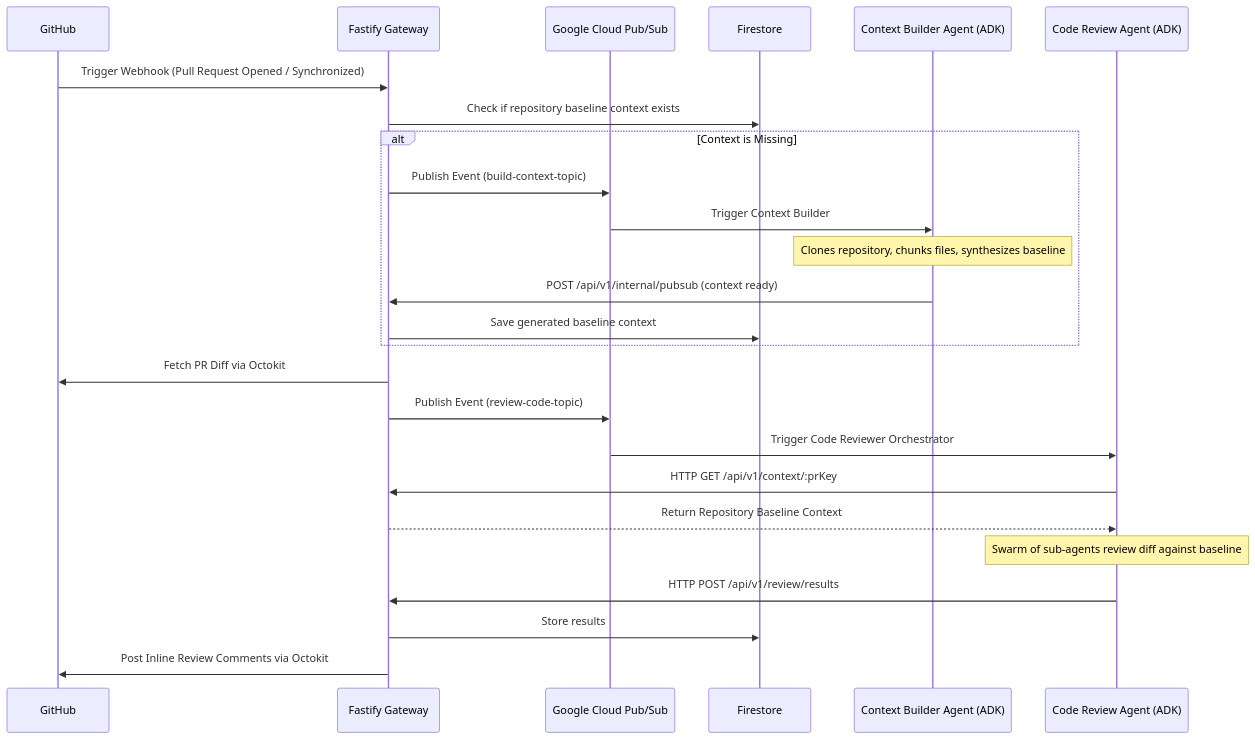
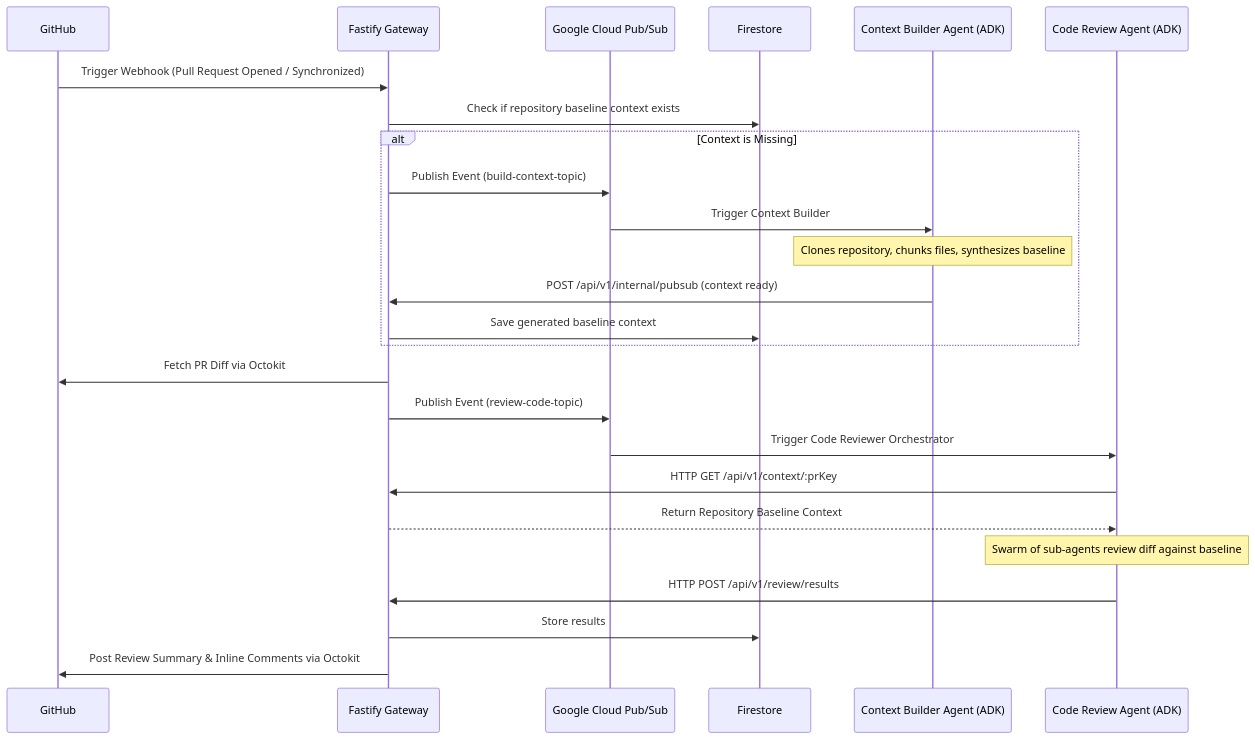
The diagram in README.md (usermeme/code-review-agent), drawn with Mermaid before and after one commit. The commit also changed other lines of this file, not shown here.

Commit message:
docs: update README with top-level PR review summary posting details

````diff
--- a/README.md
+++ b/README.md
@@ -21,35 +21,35 @@
 ```mermaid
 sequenceDiagram
     participant GitHub
     participant Gateway as Fastify Gateway
     participant PubSub as Google Cloud Pub/Sub
     participant DB as Firestore
     participant ContextAgent as Context Builder Agent (ADK)
     participant ReviewAgent as Code Review Agent (ADK)
 
     %% Webhook ingestion and DB check
     GitHub->>Gateway: Trigger Webhook (Pull Request Opened / Synchronized)
     Gateway->>DB: Check if repository baseline context exists
 
     alt Context is Missing
         Gateway->>PubSub: Publish Event (build-context-topic)
         PubSub->>ContextAgent: Trigger Context Builder
         Note over ContextAgent: Clones repository, chunks files, synthesizes baseline
         ContextAgent->>Gateway: POST /api/v1/internal/pubsub (context ready)
         Gateway->>DB: Save generated baseline context
     end
 
     %% Code Review Workflow
     Gateway->>GitHub: Fetch PR Diff via Octokit
     Gateway->>PubSub: Publish Event (review-code-topic)
     PubSub->>ReviewAgent: Trigger Code Reviewer Orchestrator
 
     ReviewAgent->>Gateway: HTTP GET /api/v1/context/:prKey
     Gateway-->>ReviewAgent: Return Repository Baseline Context
 
     Note over ReviewAgent: Swarm of sub-agents review diff against baseline
 
     ReviewAgent->>Gateway: HTTP POST /api/v1/review/results
     Gateway->>DB: Store results
-    Gateway->>GitHub: Post Inline Review Comments via Octokit
+    Gateway->>GitHub: Post Review Summary & Inline Comments via Octokit
 ```
````
